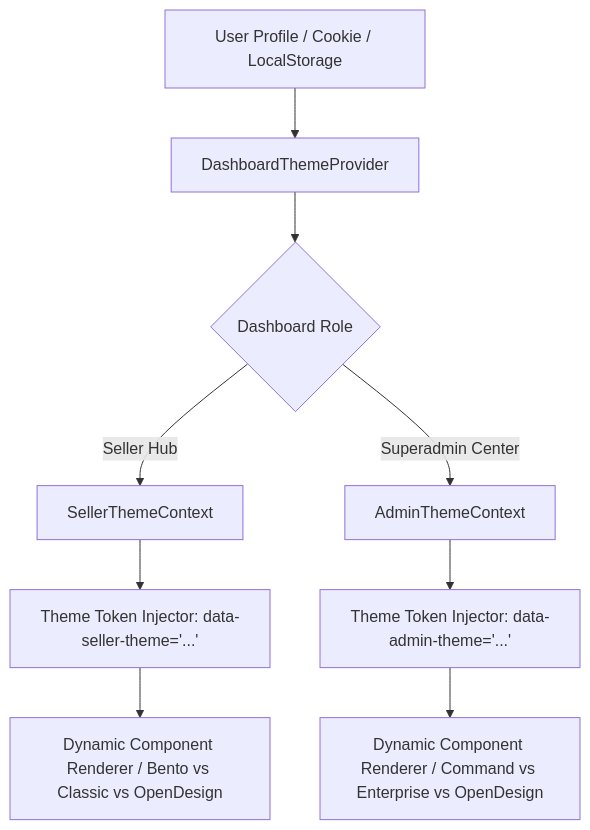
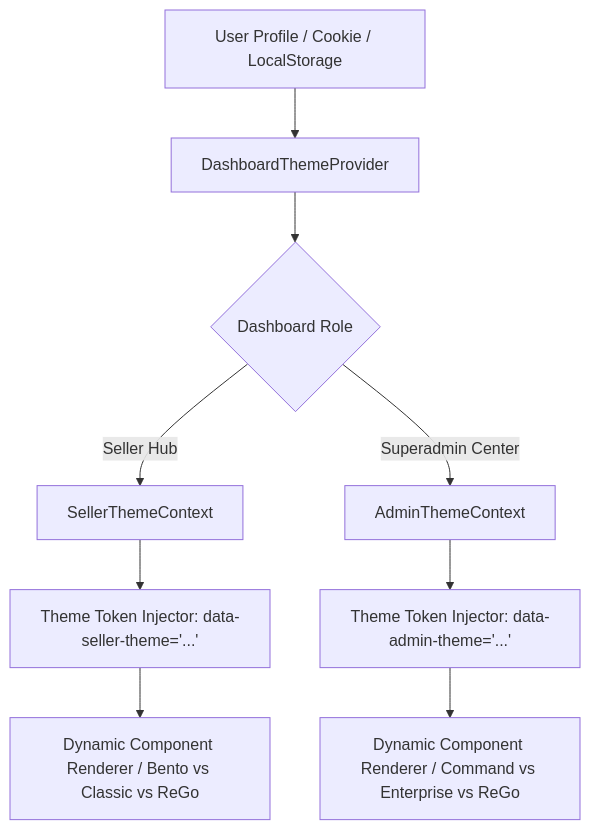
Before and after one commit to prodypanda/pandamarket: the diagram in DASHBOARD design/THEME_ARCHITECTURE_AND_SPECS.md, drawn with Mermaid. The commit also changed other lines of this file and 33 other files, not shown here.

Commit message:
docs: rename OpenDesign design to ReGo design and standardize ReGo theme nomenclature

````diff
--- a/DASHBOARD design/THEME_ARCHITECTURE_AND_SPECS.md
+++ b/DASHBOARD design/THEME_ARCHITECTURE_AND_SPECS.md
@@ -54,11 +54,11 @@
 ```mermaid
 graph TD
     A[User Profile / Cookie / LocalStorage] --> B[DashboardThemeProvider]
     B --> C{Dashboard Role}
     C -->|Seller Hub| D[SellerThemeContext]
     C -->|Superadmin Center| E[AdminThemeContext]
     D --> F[Theme Token Injector: data-seller-theme='...']
     E --> G[Theme Token Injector: data-admin-theme='...']
-    F --> H[Dynamic Component Renderer / Bento vs Classic vs OpenDesign]
-    G --> I[Dynamic Component Renderer / Command vs Enterprise vs OpenDesign]
+    F --> H[Dynamic Component Renderer / Bento vs Classic vs ReGo]
+    G --> I[Dynamic Component Renderer / Command vs Enterprise vs ReGo]
 ```
````
